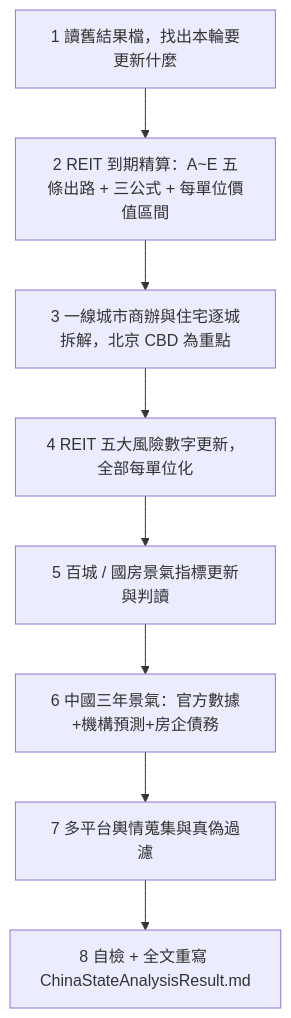
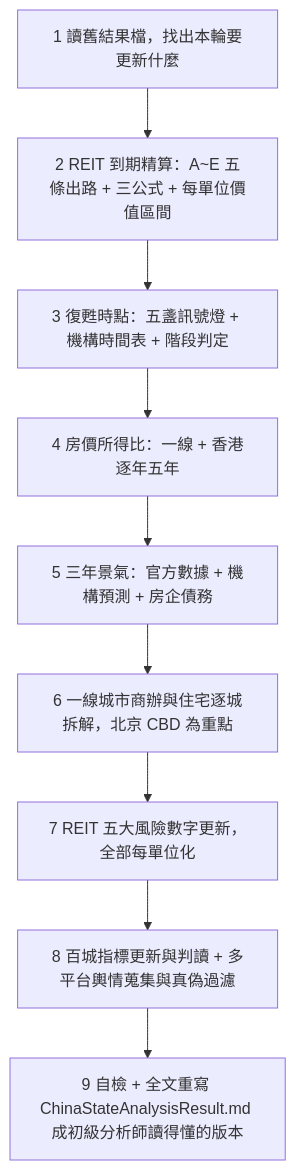
One commit to a9303001/FinancialReport changed the diagram in AnalysisResult/ChinaStateAnalysis.md. Above: the diagram before and after it, drawn with Mermaid. The commit also changed other lines of this file and 1 other file, not shown here.

````diff
--- a/AnalysisResult/ChinaStateAnalysis.md
+++ b/AnalysisResult/ChinaStateAnalysis.md
@@ -236,10 +370,11 @@
 ```mermaid
 flowchart TD
     A[1 讀舊結果檔，找出本輪要更新什麼] --> B[2 REIT 到期精算：A~E 五條出路 + 三公式 + 每單位價值區間]
-    B --> C[3 一線城市商辦與住宅逐城拆解，北京 CBD 為重點]
-    C --> D[4 REIT 五大風險數字更新，全部每單位化]
-    D --> E[5 百城 / 國房景氣指標更新與判讀]
-    E --> F[6 中國三年景氣：官方數據+機構預測+房企債務]
-    F --> G[7 多平台輿情蒐集與真偽過濾]
-    G --> H[8 自檢 + 全文重寫 ChinaStateAnalysisResult.md]
+    B --> C[3 復甦時點：五盞訊號燈 + 機構時間表 + 階段判定]
+    C --> D[4 房價所得比：一線 + 香港逐年五年]
+    D --> E[5 三年景氣：官方數據 + 機構預測 + 房企債務]
+    E --> F[6 一線城市商辦與住宅逐城拆解，北京 CBD 為重點]
+    F --> G[7 REIT 五大風險數字更新，全部每單位化]
+    G --> H[8 百城指標更新與判讀 + 多平台輿情蒐集與真偽過濾]
+    H --> I[9 自檢 + 全文重寫 ChinaStateAnalysisResult.md 成初級分析師讀得懂的版本]
 ```
````
